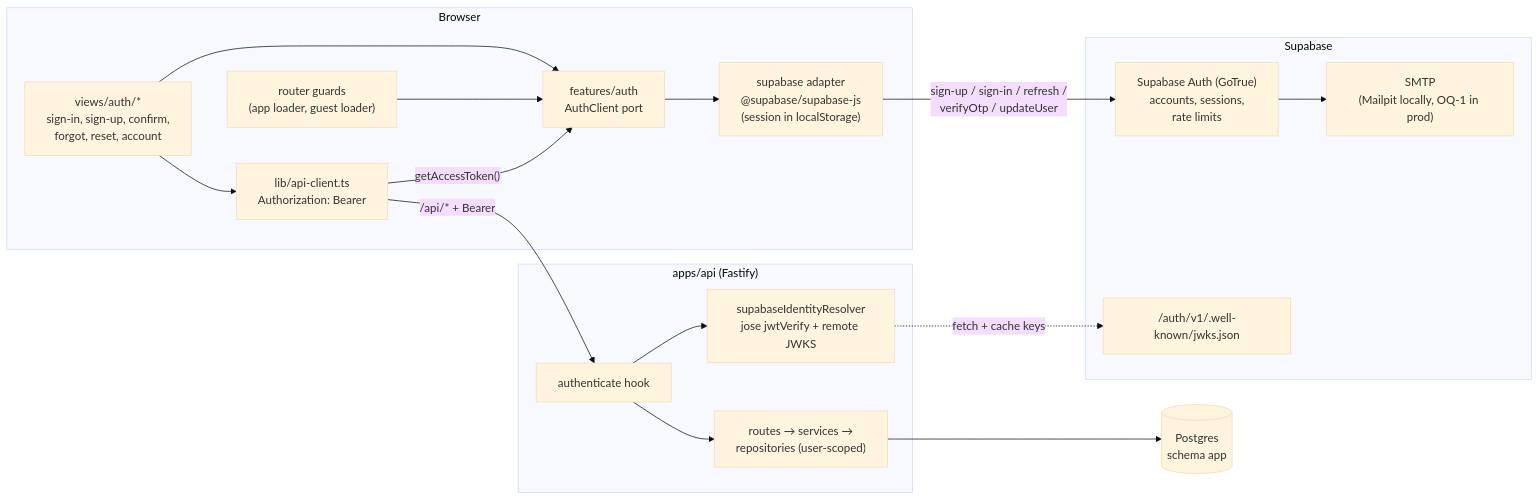
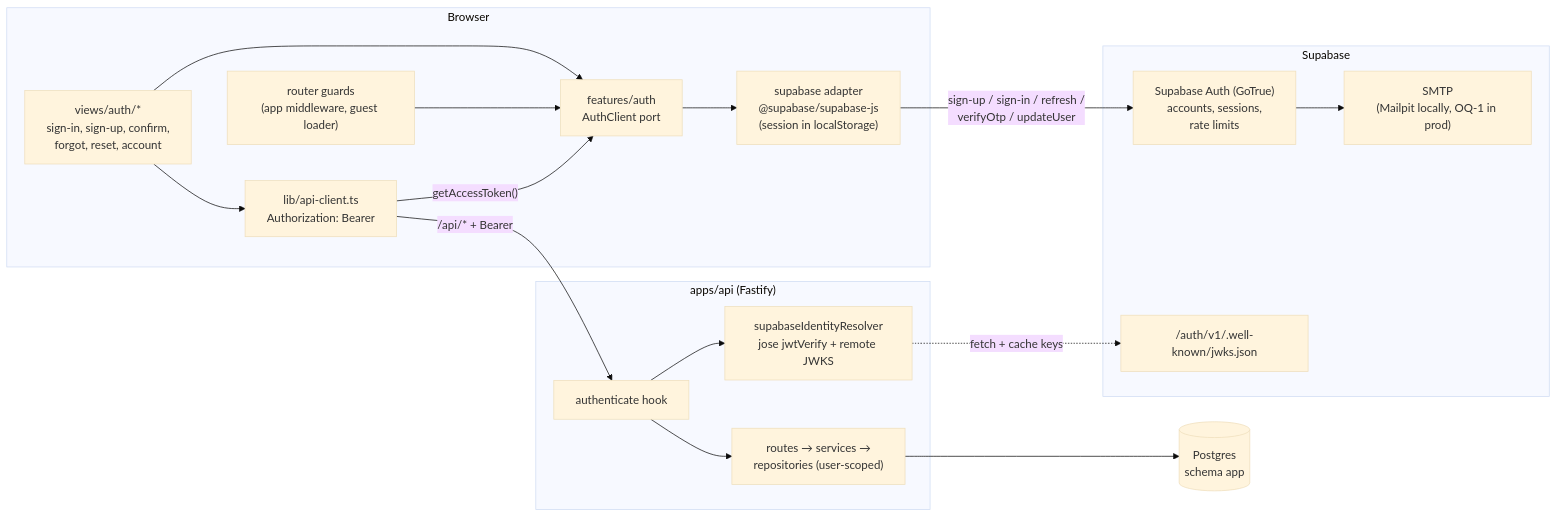
The first of 3 diagrams in docs/features/user-auth/v1.0/design.md (Thammasok/investhesis), drawn with Mermaid (base theme) before and after one commit. The commit also changed other lines of this file and 7 other files, not shown here.

````diff
--- a/docs/features/user-auth/v1.0/design.md
+++ b/docs/features/user-auth/v1.0/design.md
@@ -20,31 +21,31 @@
 ```mermaid
 flowchart LR
   subgraph Browser
     V["views/auth/*<br/>sign-in, sign-up, confirm,<br/>forgot, reset, account"]
-    G["router guards<br/>(app loader, guest loader)"]
+    G["router guards<br/>(app middleware, guest loader)"]
     AC["features/auth<br/>AuthClient port"]
     SA["supabase adapter<br/>@supabase/supabase-js<br/>(session in localStorage)"]
     API_C["lib/api-client.ts<br/>Authorization: Bearer"]
   end
   subgraph Supabase
     GT["Supabase Auth (GoTrue)<br/>accounts, sessions,<br/>rate limits"]
     J["/auth/v1/.well-known/jwks.json"]
     SMTP["SMTP<br/>(Mailpit locally, OQ-1 in prod)"]
   end
   subgraph API["apps/api (Fastify)"]
     AU["authenticate hook"]
     R["supabaseIdentityResolver<br/>jose jwtVerify + remote JWKS"]
     M["routes → services →<br/>repositories (user-scoped)"]
   end
   DB[("Postgres<br/>schema app")]
 
   V & G --> AC --> SA
   SA -- "sign-up / sign-in / refresh /<br/>verifyOtp / updateUser" --> GT
   GT --> SMTP
   V --> API_C
   API_C -- "getAccessToken()" --> AC
   API_C -- "/api/* + Bearer" --> AU
   AU --> R
   R -. "fetch + cache keys" .-> J
   AU --> M --> DB
 ```
````
